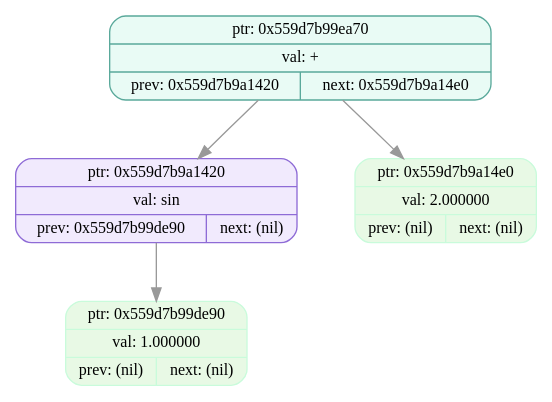
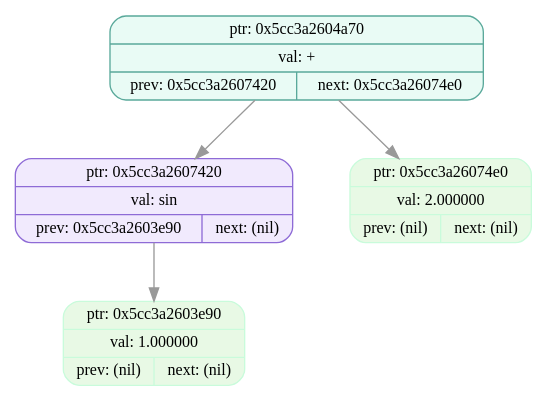
One commit to EvilTomato9890/Difference changed the diagram in dumps/tree_dump_007.dot. Above: the diagram before and after it, drawn with Graphviz. The commit also changed 36 other files, not shown here.

```diff
--- a/dumps/tree_dump_007.dot
+++ b/dumps/tree_dump_007.dot
@@ -1,11 +1,11 @@
 digraph T{
   node [fontname="Fira Mono",shape=record,style="filled,rounded",fontsize=12];
   graph [splines=true, nodesep=0.6, ranksep=0.6];
-  node_0x559d7b99ea70[shape=record,label="{ {ptr: 0x559d7b99ea70} | {val: +} | { prev: 0x559d7b9a1420 | next: 0x559d7b9a14e0 } }",color="#5aa99b",fillcolor="#e9fbf5"];
-  node_0x559d7b9a1420[shape=record,label="{ {ptr: 0x559d7b9a1420} | {val: sin} | { prev: 0x559d7b99de90 | next: (nil) } }",color="#8e6bd6",fillcolor="#f1eafd"];
-  node_0x559d7b99de90[shape=record,label="{ {ptr: 0x559d7b99de90} | {val: 1.000000} | { prev: (nil) | next: (nil) } }",color="#c9fbdbff",fillcolor="#e8f9e5ff"];
-  node_0x559d7b9a14e0[shape=record,label="{ {ptr: 0x559d7b9a14e0} | {val: 2.000000} | { prev: (nil) | next: (nil) } }",color="#c9fbdbff",fillcolor="#e8f9e5ff"];
-  node_0x559d7b99ea70 -> node_0x559d7b9a1420 [color="#999999"];
-  node_0x559d7b99ea70 -> node_0x559d7b9a14e0 [color="#999999"];
-  node_0x559d7b9a1420 -> node_0x559d7b99de90 [color="#999999"];
+  node_0x5cc3a2604a70[shape=record,label="{ {ptr: 0x5cc3a2604a70} | {val: +} | { prev: 0x5cc3a2607420 | next: 0x5cc3a26074e0 } }",color="#5aa99b",fillcolor="#e9fbf5"];
+  node_0x5cc3a2607420[shape=record,label="{ {ptr: 0x5cc3a2607420} | {val: sin} | { prev: 0x5cc3a2603e90 | next: (nil) } }",color="#8e6bd6",fillcolor="#f1eafd"];
+  node_0x5cc3a2603e90[shape=record,label="{ {ptr: 0x5cc3a2603e90} | {val: 1.000000} | { prev: (nil) | next: (nil) } }",color="#c9fbdbff",fillcolor="#e8f9e5ff"];
+  node_0x5cc3a26074e0[shape=record,label="{ {ptr: 0x5cc3a26074e0} | {val: 2.000000} | { prev: (nil) | next: (nil) } }",color="#c9fbdbff",fillcolor="#e8f9e5ff"];
+  node_0x5cc3a2604a70 -> node_0x5cc3a2607420 [color="#999999"];
+  node_0x5cc3a2604a70 -> node_0x5cc3a26074e0 [color="#999999"];
+  node_0x5cc3a2607420 -> node_0x5cc3a2603e90 [color="#999999"];
 }
```
